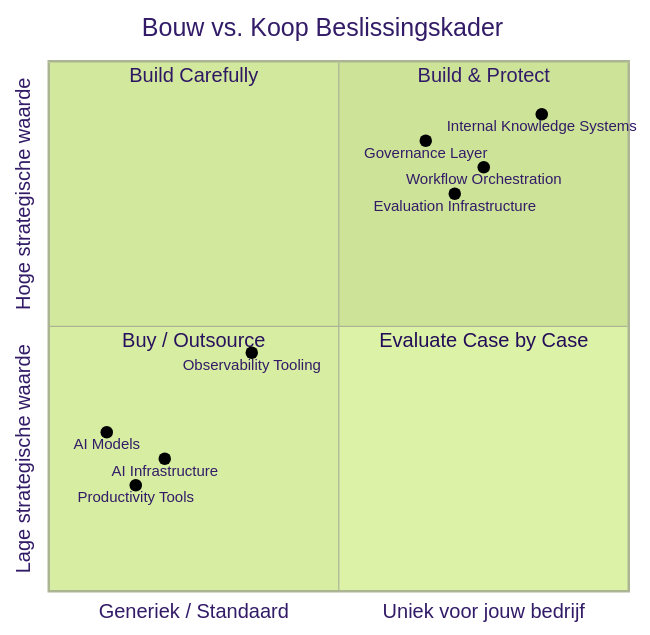
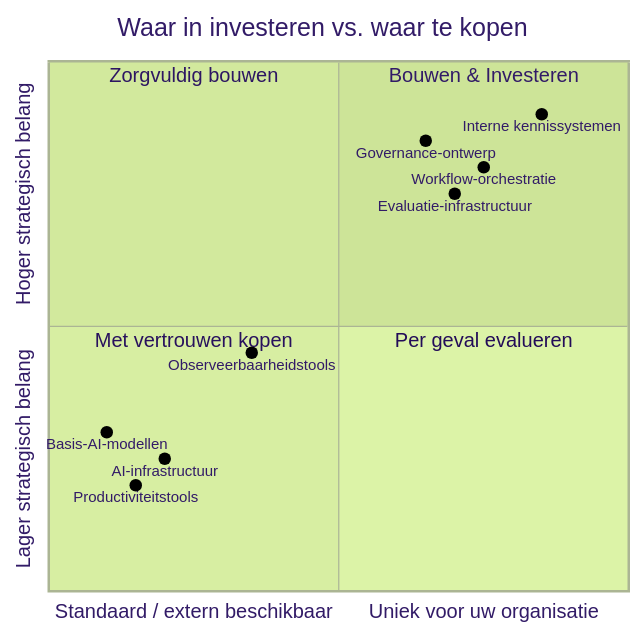
The third of 4 diagrams in src/content/nl/blog/it-org-ai-transformation.md (fps4/web-faridgurbanov), drawn with Mermaid (forest theme) before and after one commit. The commit also changed other lines of this file and 13 other files, not shown here.

````diff
--- a/src/content/nl/blog/it-org-ai-transformation.md
+++ b/src/content/nl/blog/it-org-ai-transformation.md
@@ -99,20 +100,20 @@
 ```mermaid
 quadrantChart
-    title Bouw vs. Koop Beslissingskader
-    x-axis "Generiek / Standaard" --> "Uniek voor jouw bedrijf"
-    y-axis "Lage strategische waarde" --> "Hoge strategische waarde"
+    title Waar in investeren vs. waar te kopen
+    x-axis "Standaard / extern beschikbaar" --> "Uniek voor uw organisatie"
+    y-axis "Lager strategisch belang" --> "Hoger strategisch belang"
     
-    quadrant-1 Build & Protect
-    quadrant-2 Build Carefully
-    quadrant-3 Buy / Outsource
-    quadrant-4 Evaluate Case by Case
+    quadrant-1 Bouwen & Investeren
+    quadrant-2 Zorgvuldig bouwen
+    quadrant-3 Met vertrouwen kopen
+    quadrant-4 Per geval evalueren
 
-    Internal Knowledge Systems: [0.85, 0.90]
-    Workflow Orchestration: [0.75, 0.80]
-    Evaluation Infrastructure: [0.70, 0.75]
-    Governance Layer: [0.65, 0.85]
-    AI Models: [0.10, 0.30]
-    Productivity Tools: [0.15, 0.20]
-    AI Infrastructure: [0.20, 0.25]
-    Observability Tooling: [0.35, 0.45]
+    Interne kennissystemen: [0.85, 0.90]
+    Workflow-orchestratie: [0.75, 0.80]
+    Evaluatie-infrastructuur: [0.70, 0.75]
+    Governance-ontwerp: [0.65, 0.85]
+    Basis-AI-modellen: [0.10, 0.30]
+    Productiviteitstools: [0.15, 0.20]
+    AI-infrastructuur: [0.20, 0.25]
+    Observeerbaarheidstools: [0.35, 0.45]
 ```
````
